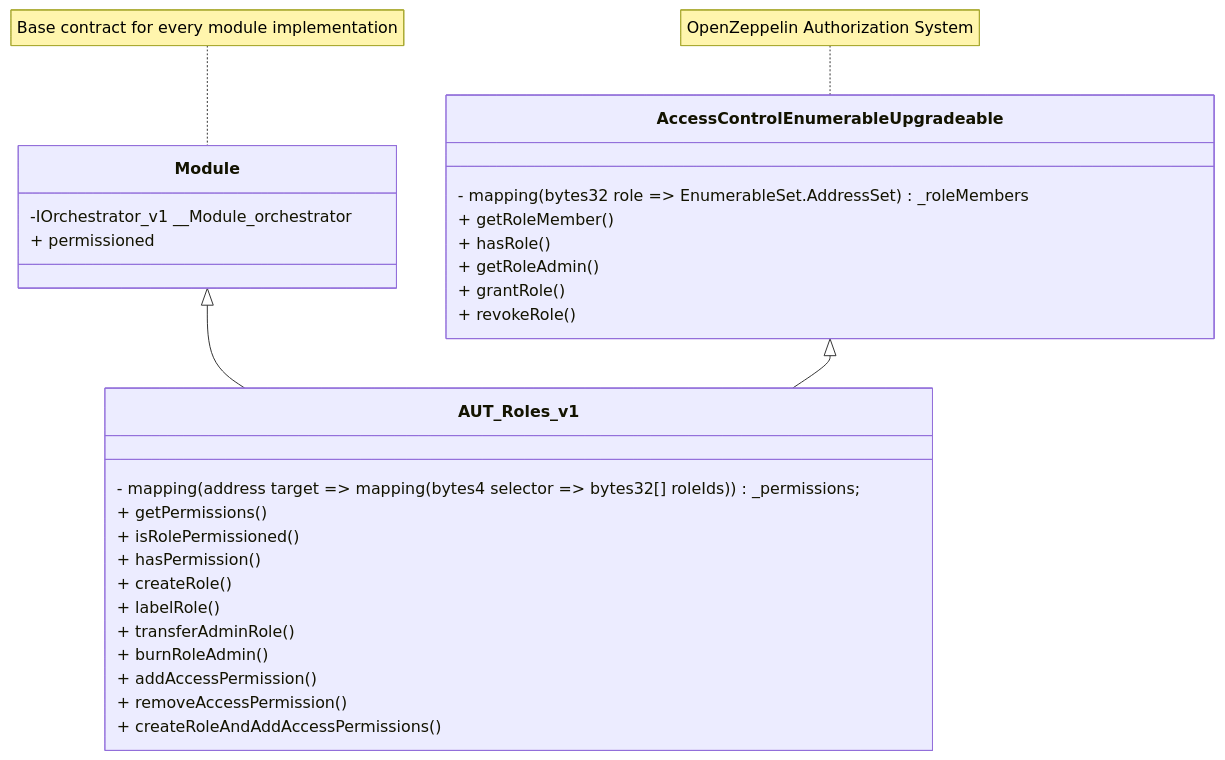
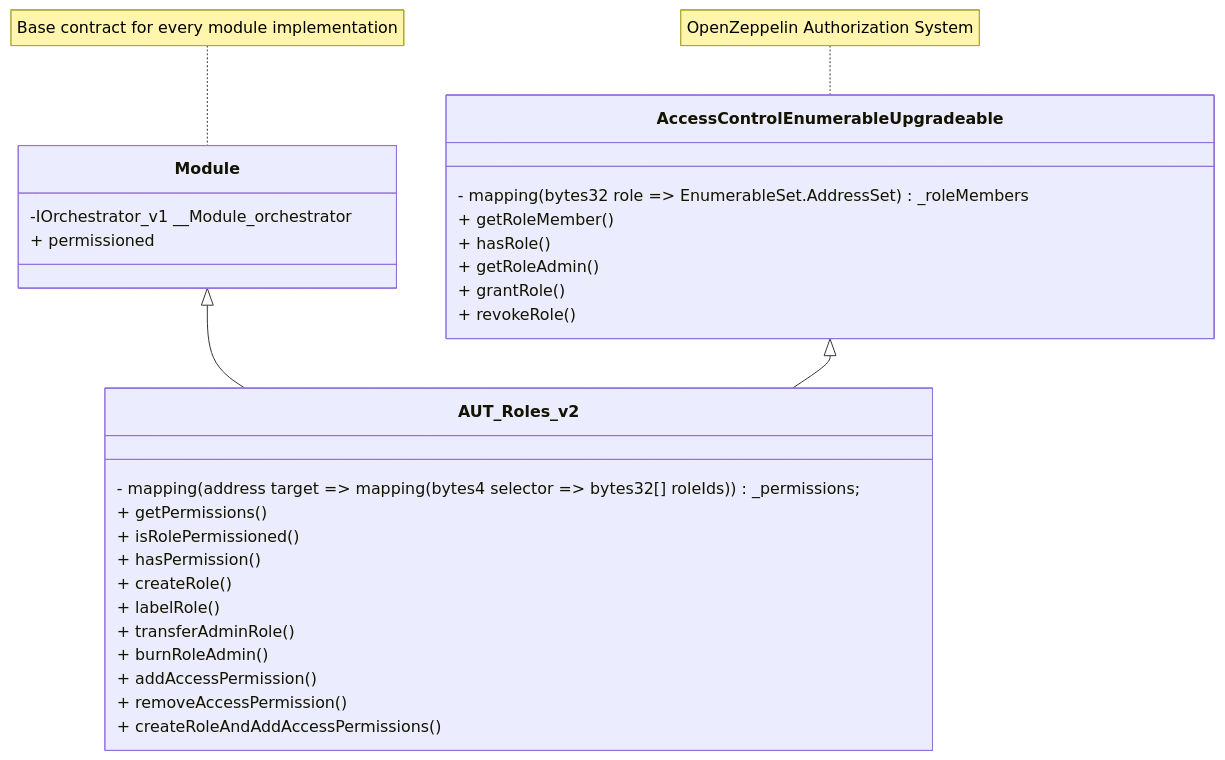
Before and after one commit to InverterNetwork/contracts: the diagram in docs/src/modules/authorizer/role/AUT_Roles_v2.md, drawn with Mermaid. The commit also changed 22 other files, not shown here.

Commit message:
Rename AUT_Roles_v1

````diff
--- a/docs/src/modules/authorizer/role/AUT_Roles_v2.md
+++ b/docs/src/modules/authorizer/role/AUT_Roles_v2.md
@@ -55,37 +55,37 @@
 ```mermaid
 classDiagram
 
-    Module <|-- AUT_Roles_v1
-    AccessControlEnumerableUpgradeable <|-- AUT_Roles_v1
+    Module <|-- AUT_Roles_v2
+    AccessControlEnumerableUpgradeable <|-- AUT_Roles_v2
 
     note for Module "Base contract for every module implementation"
     class Module{
         -IOrchestrator_v1 __Module_orchestrator
         + permissioned
     }
 
     note for AccessControlEnumerableUpgradeable "OpenZeppelin Authorization System"
     class AccessControlEnumerableUpgradeable {
         - mapping(bytes32 role => EnumerableSet.AddressSet) _roleMembers
         + getRoleMember()
         + hasRole()
         + getRoleAdmin()
         + grantRole()
         + revokeRole()
     }
 
-    class AUT_Roles_v1{
+    class AUT_Roles_v2{
         - mapping(address target => mapping(bytes4 selector => bytes32[] roleIds)) _permissions;
         + getPermissions()
         + isRolePermissioned()
         + hasPermission()
         + createRole()
         + labelRole()
         + transferAdminRole()
         + burnRoleAdmin()
         + addAccessPermission()
         + removeAccessPermission()
         + createRoleAndAddAccessPermissions()
     }
 
 ```
````
